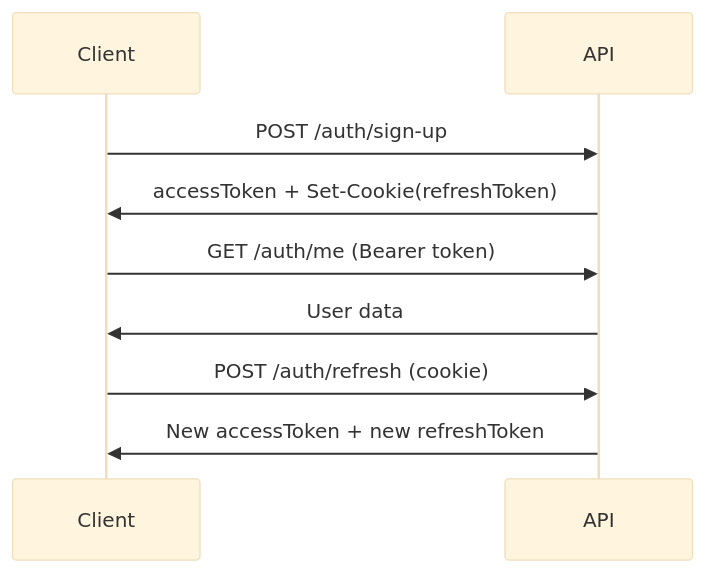
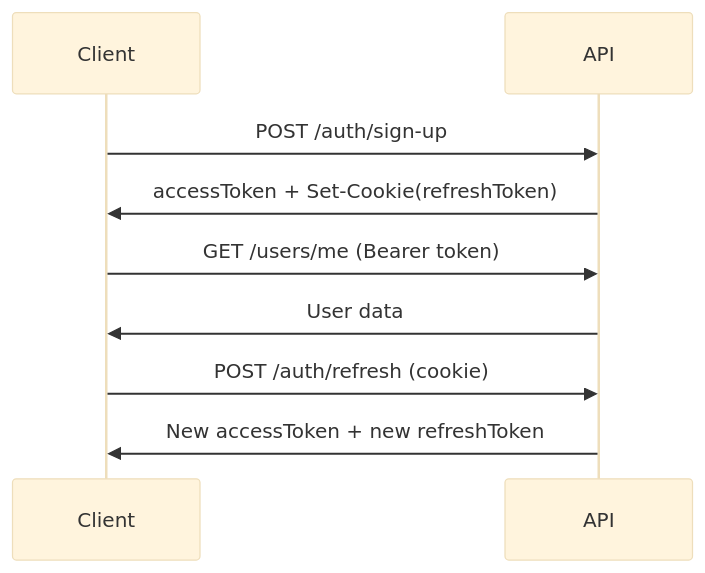
One commit to danzSTK/personal-finance-backend changed the first of 2 diagrams in docs/integrations/auth/README.md. Above: the diagram before and after it, drawn with Mermaid (base theme). The commit also changed other lines of this file and 13 other files, not shown here.

````diff
--- a/docs/integrations/auth/README.md
+++ b/docs/integrations/auth/README.md
@@ -125,9 +125,9 @@
 ```mermaid
 sequenceDiagram
     Client->>API: POST /auth/sign-up
     API->>Client: accessToken + Set-Cookie(refreshToken)
-    Client->>API: GET /auth/me (Bearer token)
+    Client->>API: GET /users/me (Bearer token)
     API->>Client: User data
     Client->>API: POST /auth/refresh (cookie)
     API->>Client: New accessToken + new refreshToken
 ```
````
